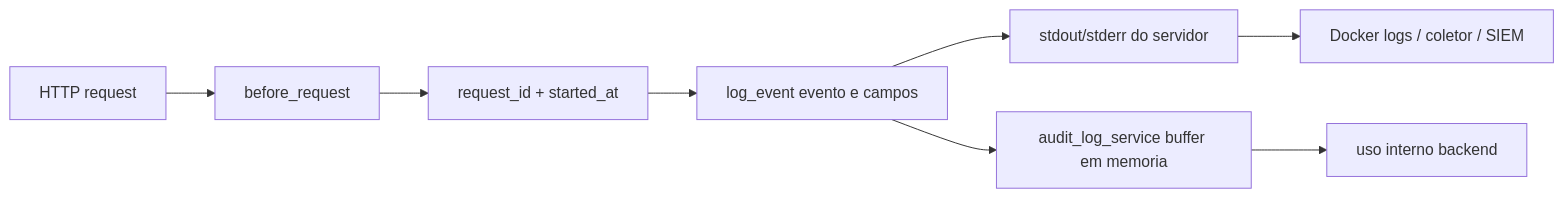
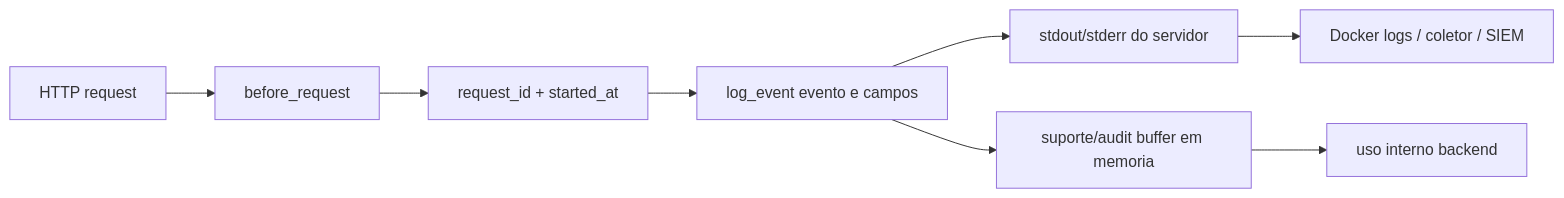
Before and after one commit to carmipa/FRAMEWORK_DE_REDES_ANALISE_DIDATICA_AVANCADA: the third of 3 diagrams in README.md, drawn with Mermaid. The commit also changed other lines of this file and 109 other files, not shown here.

````diff
--- a/README.md
+++ b/README.md
@@ -119,10 +119,10 @@
 ```mermaid
 flowchart LR
     Req[HTTP request] --> B[before_request]
     B --> Ctx[request_id + started_at]
     Ctx --> Ev[log_event evento e campos]
     Ev --> Std[stdout/stderr do servidor]
-    Ev --> Mem[audit_log_service buffer em memoria]
+    Ev --> Mem[suporte/audit buffer em memoria]
     Std --> Obs[Docker logs / coletor / SIEM]
     Mem --> Int[uso interno backend]
 ```
````
